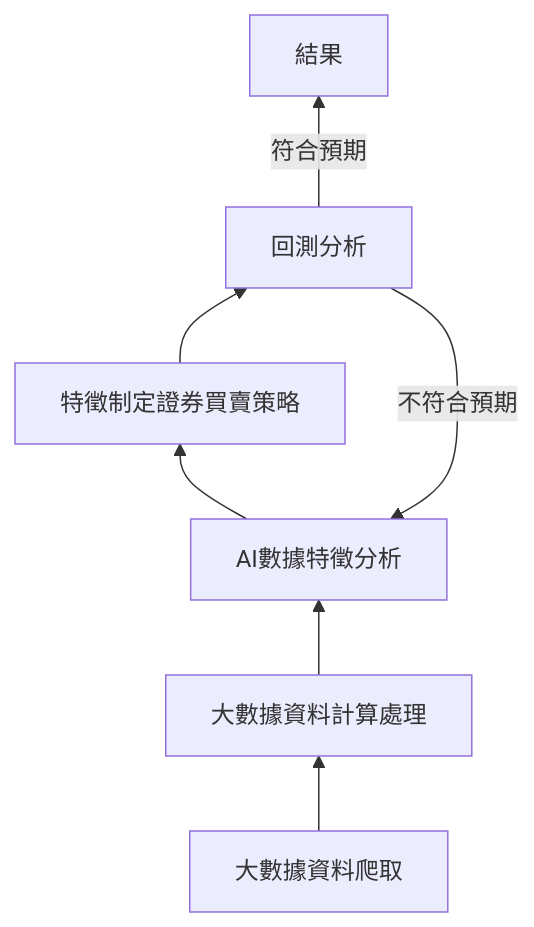
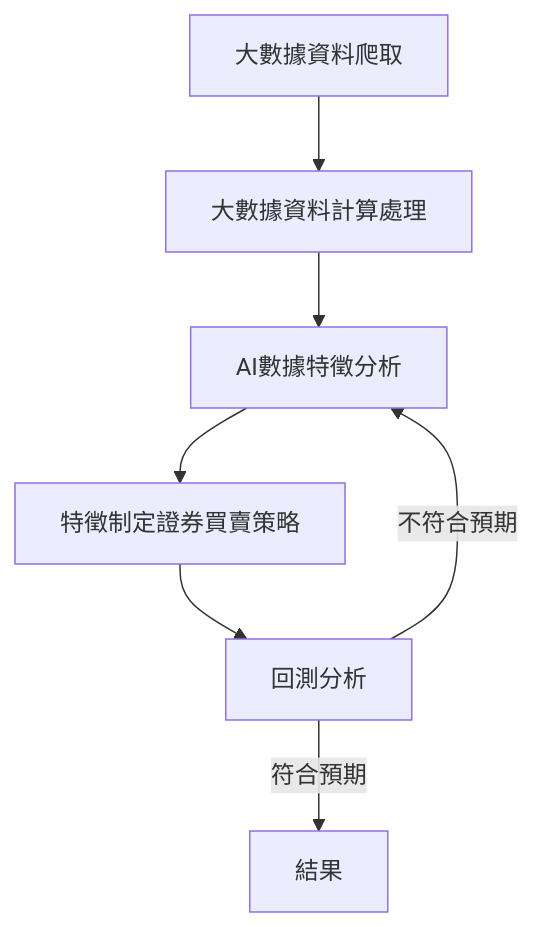
One commit to jamie-commander/Get-stock-data-and-calculate changed the diagram in README.md. Above: the diagram before and after it, drawn with Mermaid.

````diff
--- a/README.md
+++ b/README.md
@@ -45,9 +45,9 @@
 ```mermaid
-        graph BT
+        graph TB
         Big_Data_Catch[大數據資料爬取] --> Calc[大數據資料計算處理]
         Calc --> Analysis[AI數據特徵分析]
         Analysis --> feature[特徵制定證券買賣策略]
         feature --> backtrader[回測分析]
         backtrader -- 符合預期 --> result[結果]
         backtrader -- 不符合預期 --> Analysis
 ```
````
